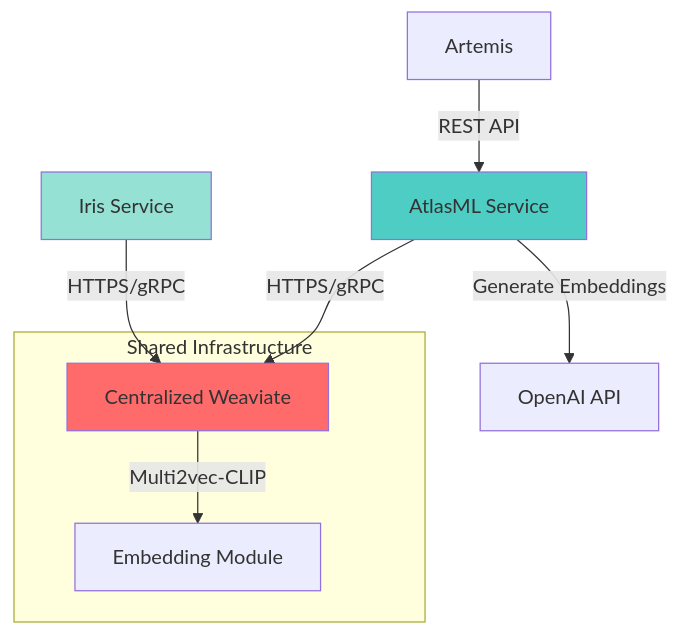
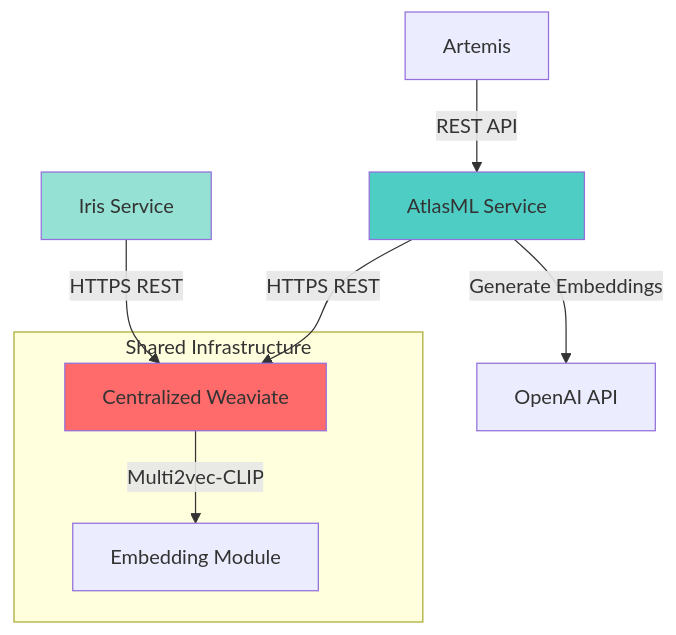
One commit to ls1intum/edutelligence changed the diagram in atlas/docs/docs/admin/atlasml-overview.md. Above: the diagram before and after it, drawn with Mermaid. The commit also changed other lines of this file and 14 other files, not shown here.

````diff
--- a/atlas/docs/docs/admin/atlasml-overview.md
+++ b/atlas/docs/docs/admin/atlasml-overview.md
@@ -51,18 +51,18 @@
 ```mermaid
 graph TB
     A[Artemis] -->|REST API| B[AtlasML Service]
-    B -->|HTTPS/gRPC| C[Centralized Weaviate]
+    B -->|HTTPS REST| C[Centralized Weaviate]
     B -->|Generate Embeddings| D[OpenAI API]
-    E[Iris Service] -->|HTTPS/gRPC| C
+    E[Iris Service] -->|HTTPS REST| C
 
     C -->|Multi2vec-CLIP| F[Embedding Module]
 
     subgraph "Shared Infrastructure"
     C
     F
     end
 
     style B fill:#4ECDC4
     style C fill:#FF6B6B
     style E fill:#95E1D3
 ```
````
